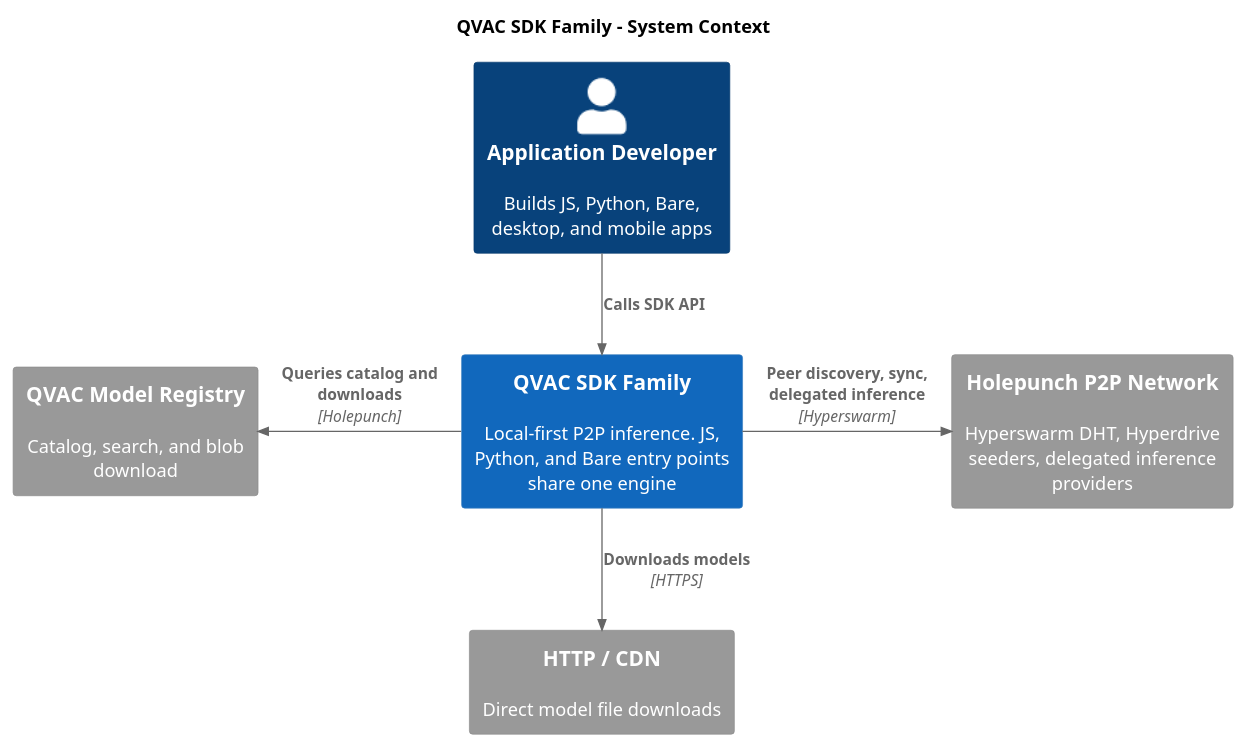
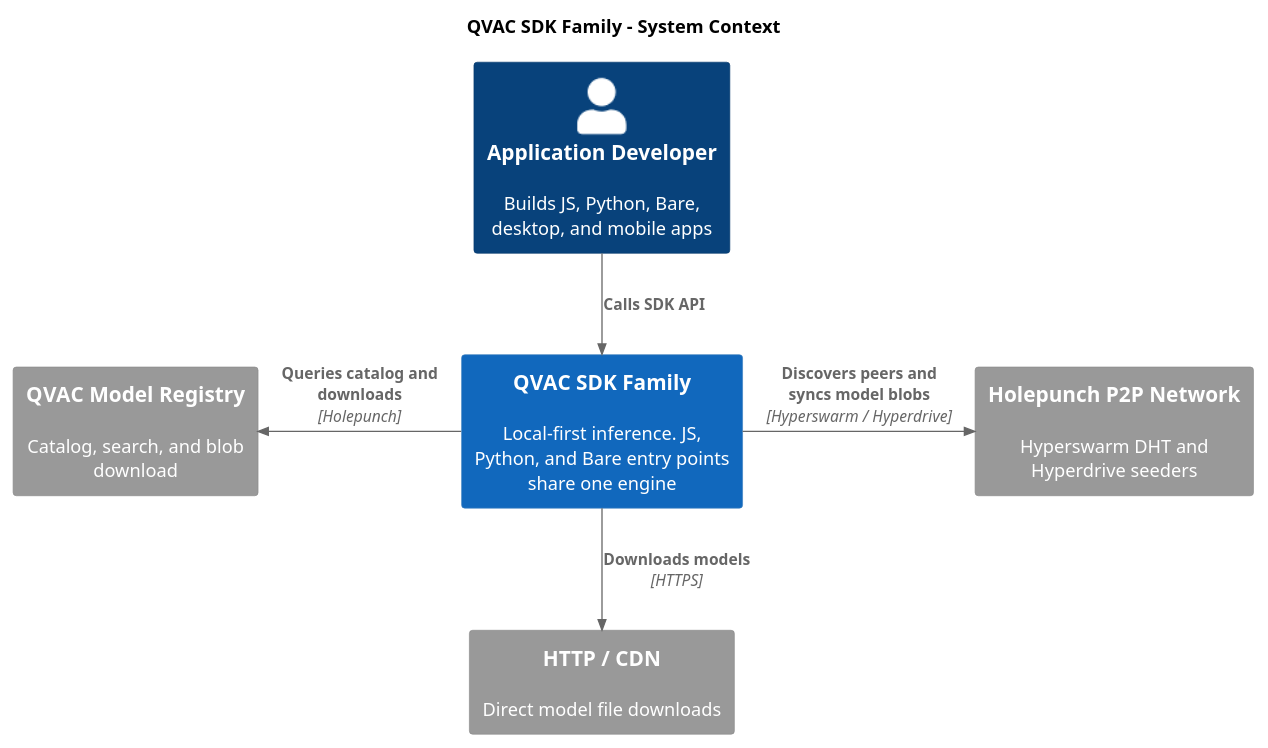
Before and after one commit to tetherto/qvac: the diagram in docs/architecture/puml/01-system-context.puml, drawn with PlantUML. The commit also changed 12 other files, not shown here.

Commit message:
doc[notask]: update architecture after delegated inference removal

```diff
--- a/docs/architecture/puml/01-system-context.puml
+++ b/docs/architecture/puml/01-system-context.puml
@@ -1,20 +1,20 @@
 @startuml
 !include <C4/C4_Context>
 HIDE_STEREOTYPE()
 
 title QVAC SDK Family - System Context
 
 Person(dev, "Application Developer", "Builds JS, Python, Bare, desktop, and mobile apps")
 
-System(sdk, "QVAC SDK Family", "Local-first P2P inference. JS, Python, and Bare entry points share one engine")
+System(sdk, "QVAC SDK Family", "Local-first inference. JS, Python, and Bare entry points share one engine")
 
 System_Ext(registry, "QVAC Model Registry", "Catalog, search, and blob download")
 System_Ext(http, "HTTP / CDN", "Direct model file downloads")
-System_Ext(p2p, "Holepunch P2P Network", "Hyperswarm DHT, Hyperdrive seeders, delegated inference providers")
+System_Ext(p2p, "Holepunch P2P Network", "Hyperswarm DHT and Hyperdrive seeders")
 
 Rel_D(dev, sdk, "Calls SDK API")
 Rel_L(sdk, registry, "Queries catalog and downloads", "Holepunch")
 Rel_D(sdk, http, "Downloads models", "HTTPS")
-Rel_R(sdk, p2p, "Peer discovery, sync, delegated inference", "Hyperswarm")
+Rel_R(sdk, p2p, "Discovers peers and syncs model blobs", "Hyperswarm / Hyperdrive")
 
 @enduml
```
